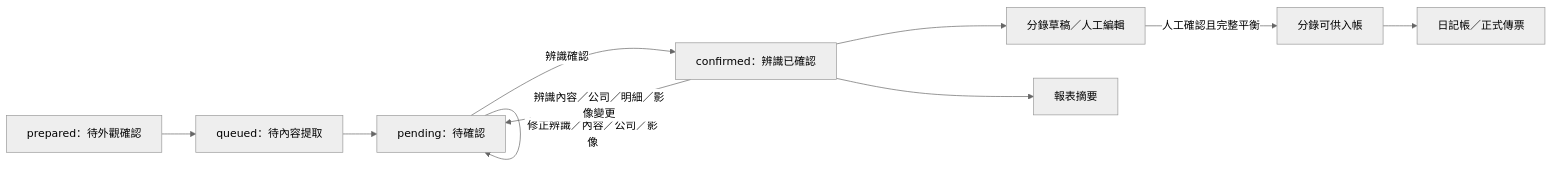
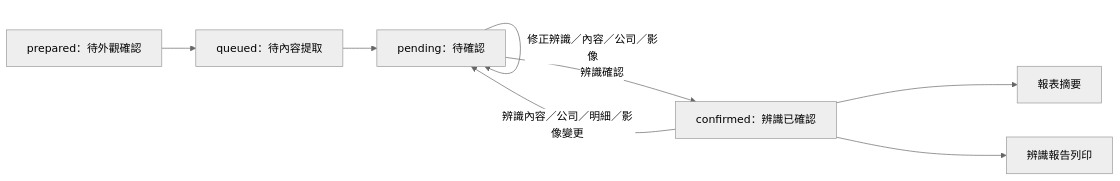
The second of 3 diagrams in docs/dev-notes/architecture.md (giraffe70/Accounting-Document-Recognition), drawn with Mermaid (neutral theme) before and after one commit. The commit also changed other lines of this file and 48 other files, not shown here.

````diff
--- a/docs/dev-notes/architecture.md
+++ b/docs/dev-notes/architecture.md
@@ -125,12 +123,10 @@
 ```mermaid
 flowchart LR
     A[prepared：待外觀確認] --> B[queued：待內容提取]
     B --> C[pending：待確認]
     C -->|修正辨識／內容／公司／影像| C
     C -->|辨識確認| D[confirmed：辨識已確認]
     D -->|辨識內容／公司／明細／影像變更| C
-    D --> E[分錄草稿／人工編輯]
-    E -->|人工確認且完整平衡| F[分錄可供入帳]
     D --> G[報表摘要]
-    F --> H[日記帳／正式傳票]
+    D --> H[辨識報告列印]
 ```
````
